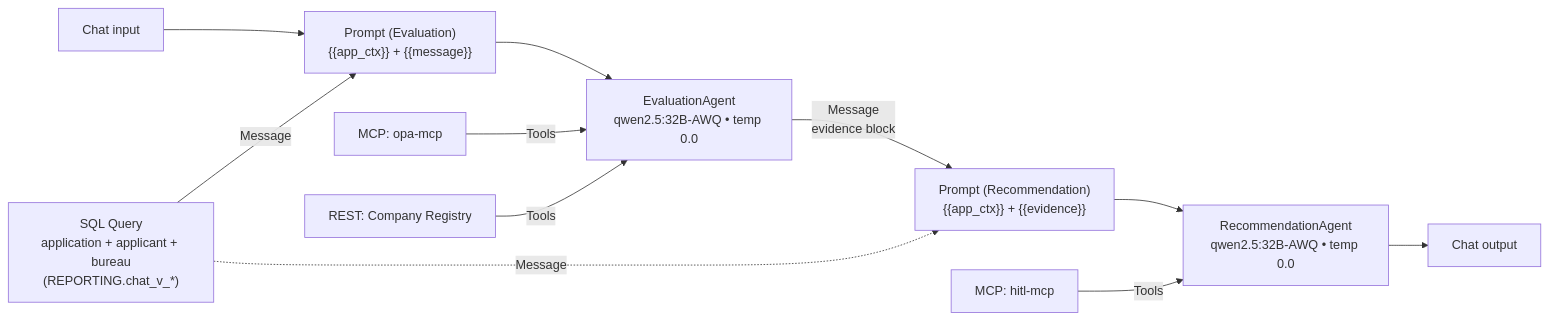
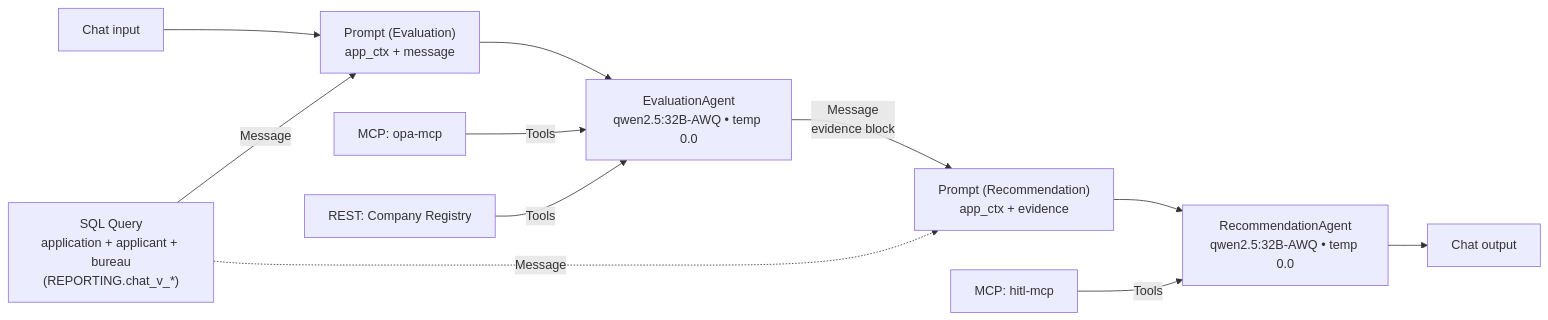
One commit to vmleon/oracle-database-private-agent-factory-poc changed the diagram in paf/flows/CHAT_WORKFLOW.md. Above: the diagram before and after it, drawn with Mermaid. The commit also changed 2 other files, not shown here.

Commit message:
fix(docs): repair mermaid render and remove private hostname

````diff
--- a/paf/flows/CHAT_WORKFLOW.md
+++ b/paf/flows/CHAT_WORKFLOW.md
@@ -52,15 +52,15 @@
 ```mermaid
 flowchart LR
-    CI["Chat input"] --> EP["Prompt (Evaluation)<br/>{{app_ctx}} + {{message}}"]
+    CI["Chat input"] --> EP["Prompt (Evaluation)<br/>app_ctx + message"]
     CTX["SQL Query<br/>application + applicant + bureau<br/>(REPORTING.chat_v_*)"] -->|Message| EP
     EP --> EA["EvaluationAgent<br/>qwen2.5:32B-AWQ • temp 0.0"]
     OPA["MCP: opa-mcp"] -->|Tools| EA
     REG["REST: Company Registry"] -->|Tools| EA
 
-    EA -->|Message<br/>evidence block| RP["Prompt (Recommendation)<br/>{{app_ctx}} + {{evidence}}"]
+    EA -->|Message<br/>evidence block| RP["Prompt (Recommendation)<br/>app_ctx + evidence"]
     CTX -.->|Message| RP
     RP --> RA["RecommendationAgent<br/>qwen2.5:32B-AWQ • temp 0.0"]
     HITL["MCP: hitl-mcp"] -->|Tools| RA
 
     RA --> CO["Chat output"]
 ```
````
